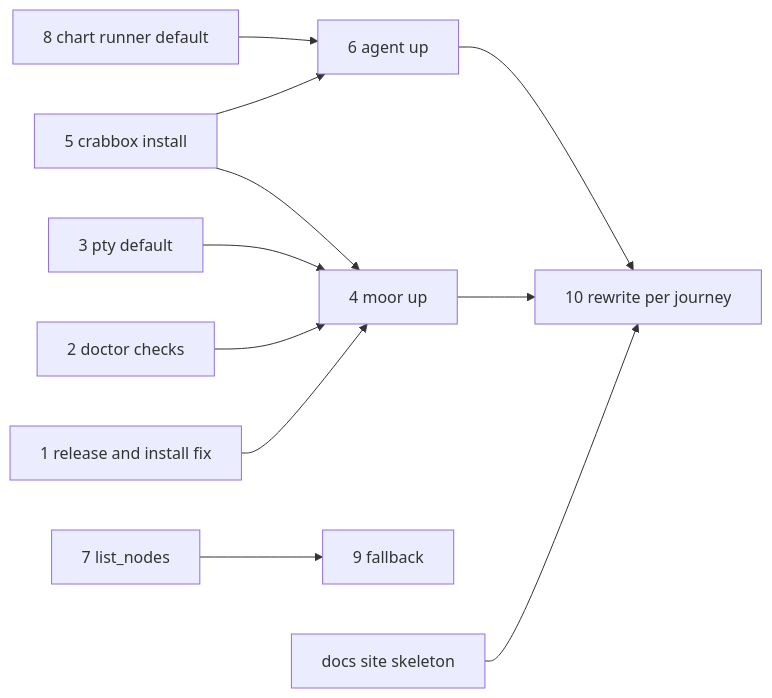
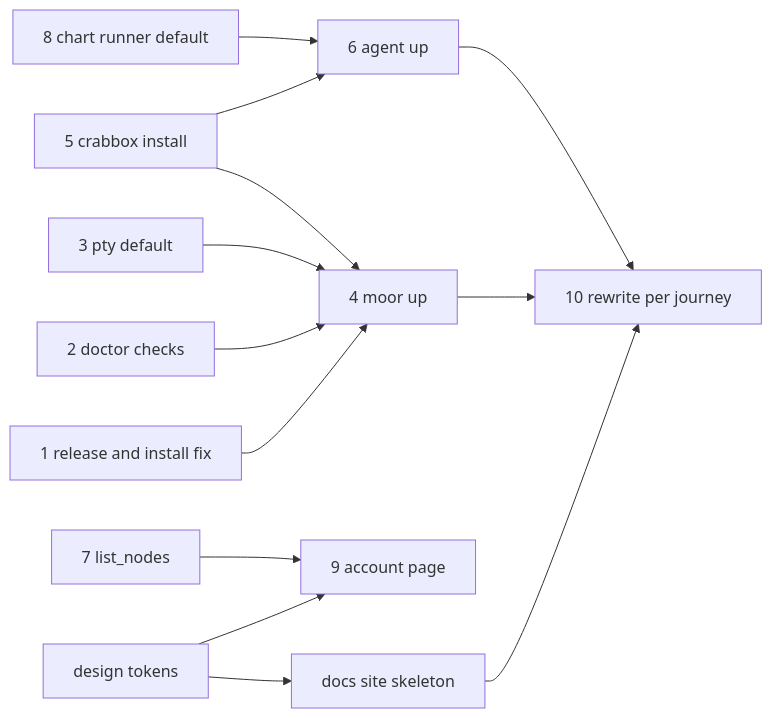
Before and after one commit to IniZio/moor: the third of 3 diagrams in docs/specs/onboarding-ux.md, drawn with Mermaid. The commit also changed other lines of this file, not shown here.

Commit message:
docs(specs): settle account page, provider install and docs host

````diff
--- a/docs/specs/onboarding-ux.md
+++ b/docs/specs/onboarding-ux.md
@@ -141,13 +142,15 @@
 ```mermaid
 flowchart LR
 	G1[1 release and install fix] --> G4
 	G2[2 doctor checks] --> G4
 	G3[3 pty default] --> G4
 	G5[5 crabbox install] --> G4[4 moor up]
 	G5 --> G6[6 agent up]
 	G8[8 chart runner default] --> G6
-	G7[7 list_nodes] --> G9[9 fallback]
-	S[docs site skeleton] --> D[10 rewrite per journey]
+	T[design tokens] --> G9[9 account page]
+	T --> S[docs site skeleton]
+	G7[7 list_nodes] --> G9
+	S --> D[10 rewrite per journey]
 	G4 --> D
 	G6 --> D
 ```
````
